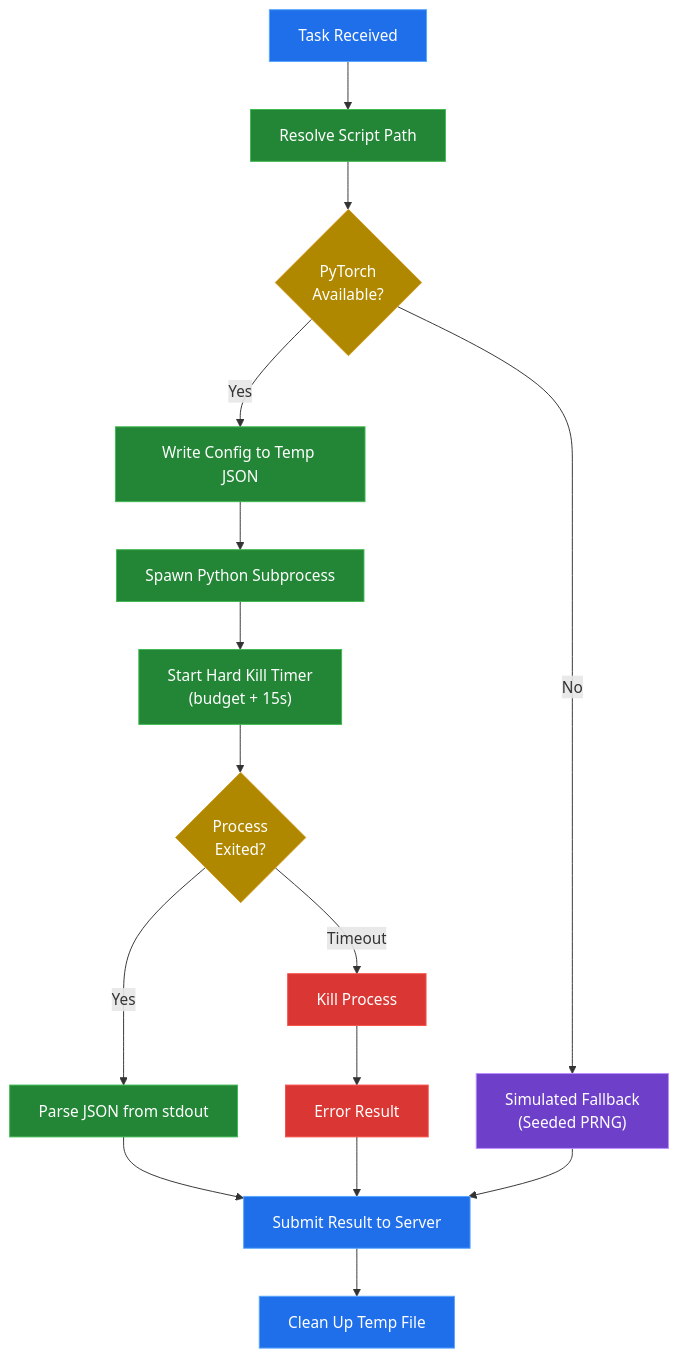
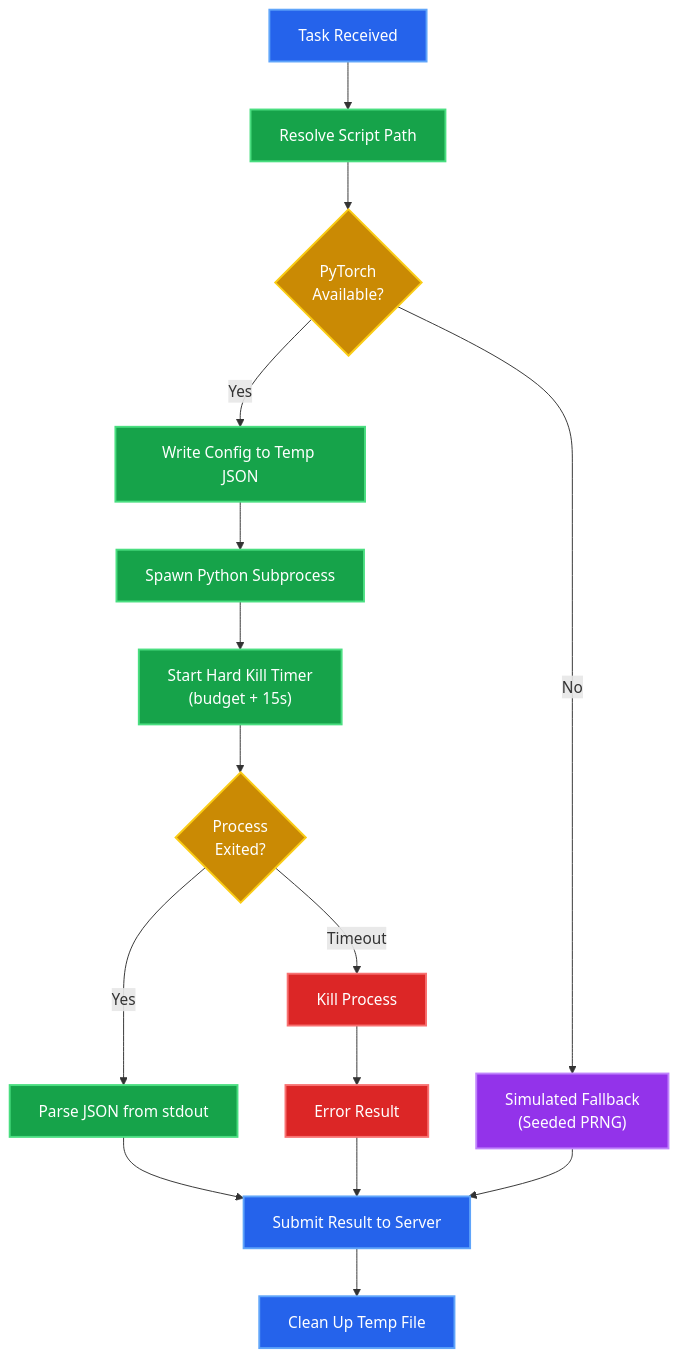
Before and after one commit to xeeva/XeeNet: the second of 2 diagrams in docs/training-pipeline.md, drawn with Mermaid. The commit also changed other lines of this file and 5 other files, not shown here.

First line of the commit message:
Fix Mermaid diagram contrast and code block rendering

```diff
--- a/docs/training-pipeline.md
+++ b/docs/training-pipeline.md
@@ -249,31 +253,31 @@
   <div class="mermaid">
   flowchart TD
     START["Task Received"] --> RESOLVE["Resolve Script Path"]
     RESOLVE --> CHECK{"PyTorch<br/>Available?"}
     CHECK -->|"Yes"| WRITE["Write Config to Temp JSON"]
     CHECK -->|"No"| SIM["Simulated Fallback<br/>(Seeded PRNG)"]
     WRITE --> SPAWN["Spawn Python Subprocess"]
     SPAWN --> TIMER["Start Hard Kill Timer<br/>(budget + 15s)"]
     TIMER --> WAIT{"Process<br/>Exited?"}
     WAIT -->|"Yes"| PARSE["Parse JSON from stdout"]
     WAIT -->|"Timeout"| KILL["Kill Process"]
     KILL --> ERROR["Error Result"]
     PARSE --> SUBMIT["Submit Result to Server"]
     SIM --> SUBMIT
     ERROR --> SUBMIT
     SUBMIT --> CLEAN["Clean Up Temp File"]
 
-    style START fill:#1f6feb,stroke:#58a6ff,color:#fff
-    style CHECK fill:#b08800,stroke:#d29922,color:#fff
-    style SIM fill:#6e40c9,stroke:#bc8cff,color:#fff
-    style WRITE fill:#238636,stroke:#3fb950,color:#fff
-    style SPAWN fill:#238636,stroke:#3fb950,color:#fff
-    style TIMER fill:#238636,stroke:#3fb950,color:#fff
-    style WAIT fill:#b08800,stroke:#d29922,color:#fff
-    style PARSE fill:#238636,stroke:#3fb950,color:#fff
-    style KILL fill:#da3633,stroke:#f85149,color:#fff
-    style ERROR fill:#da3633,stroke:#f85149,color:#fff
-    style SUBMIT fill:#1f6feb,stroke:#58a6ff,color:#fff
-    style CLEAN fill:#1f6feb,stroke:#58a6ff,color:#fff
-    style RESOLVE fill:#238636,stroke:#3fb950,color:#fff
+    style START fill:#2563eb,stroke:#60a5fa,stroke-width:2px,color:#fff
+    style RESOLVE fill:#16a34a,stroke:#4ade80,stroke-width:2px,color:#fff
+    style CHECK fill:#ca8a04,stroke:#facc15,stroke-width:2px,color:#fff
+    style WRITE fill:#16a34a,stroke:#4ade80,stroke-width:2px,color:#fff
+    style SPAWN fill:#16a34a,stroke:#4ade80,stroke-width:2px,color:#fff
+    style TIMER fill:#16a34a,stroke:#4ade80,stroke-width:2px,color:#fff
+    style WAIT fill:#ca8a04,stroke:#facc15,stroke-width:2px,color:#fff
+    style PARSE fill:#16a34a,stroke:#4ade80,stroke-width:2px,color:#fff
+    style KILL fill:#dc2626,stroke:#f87171,stroke-width:2px,color:#fff
+    style ERROR fill:#dc2626,stroke:#f87171,stroke-width:2px,color:#fff
+    style SIM fill:#9333ea,stroke:#c084fc,stroke-width:2px,color:#fff
+    style SUBMIT fill:#2563eb,stroke:#60a5fa,stroke-width:2px,color:#fff
+    style CLEAN fill:#2563eb,stroke:#60a5fa,stroke-width:2px,color:#fff
   </div>
```
